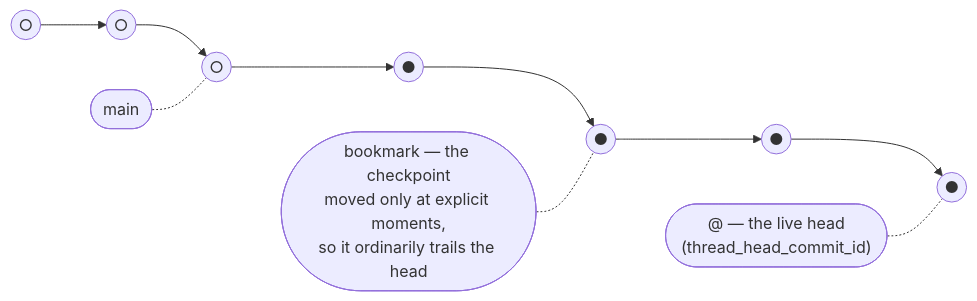
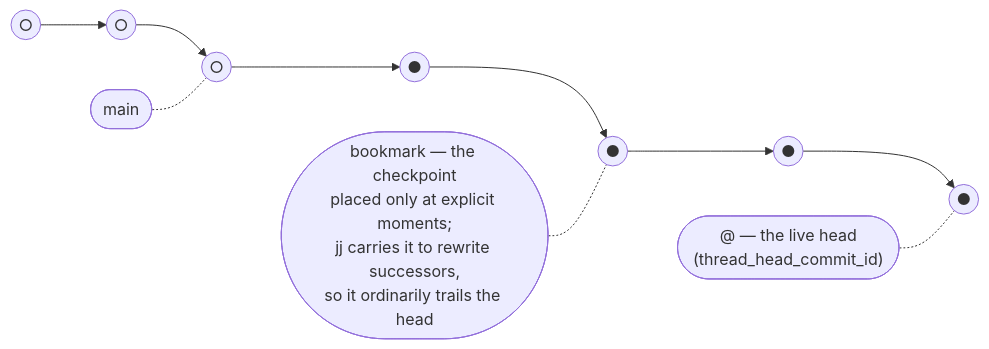
The second of 4 diagrams in docs/reference/book/03-threads.md (skeswa/kiki), drawn with Mermaid before and after one commit. The commit also changed other lines of this file and 46 other files, not shown here.

````diff
--- a/docs/reference/book/03-threads.md
+++ b/docs/reference/book/03-threads.md
@@ -38,8 +40,8 @@
 ```mermaid
 flowchart LR
     m1(("○")) --> m2(("○")) --> m3(("○"))
     m3 --> r1(("●")) --> r2(("●")) --> r3(("●")) --> r4(("●"))
     main(["main"]) -.- m3
-    bm(["bookmark — the checkpoint<br/>moved only at explicit moments,<br/>so it ordinarily trails the head"]) -.- r2
+    bm(["bookmark — the checkpoint<br/>placed only at explicit moments;<br/>jj carries it to rewrite successors,<br/>so it ordinarily trails the head"]) -.- r2
     head(["@ — the live head<br/>(thread_head_commit_id)"]) -.- r4
 ```
````
